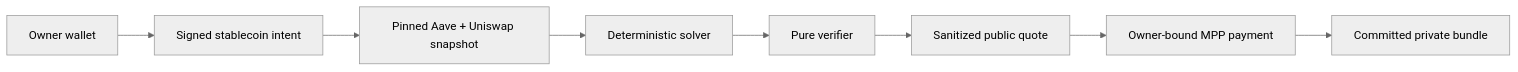
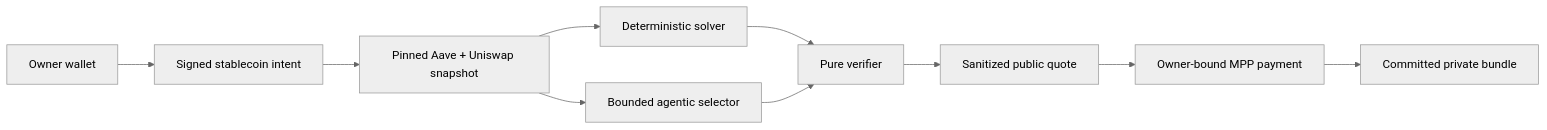
One commit to SebastianBoehler/cobia changed the diagram in README.md. Above: the diagram before and after it, drawn with Mermaid (neutral theme). The commit also changed other lines of this file and 3 other files, not shown here.

````diff
--- a/README.md
+++ b/README.md
@@ -43,10 +46,12 @@
 ```mermaid
 flowchart LR
     W["Owner wallet"] --> I["Signed stablecoin intent"]
     I --> S["Pinned Aave + Uniswap snapshot"]
     S --> D["Deterministic solver"]
+    S --> A["Bounded agentic selector"]
     D --> V["Pure verifier"]
+    A --> V
     V --> Q["Sanitized public quote"]
     Q --> P["Owner-bound MPP payment"]
     P --> R["Committed private bundle"]
 ```
````
